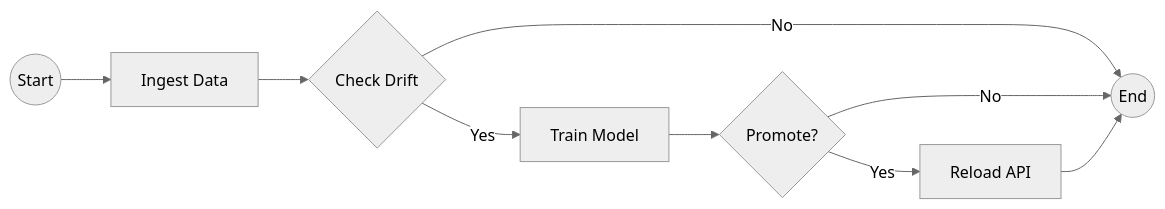
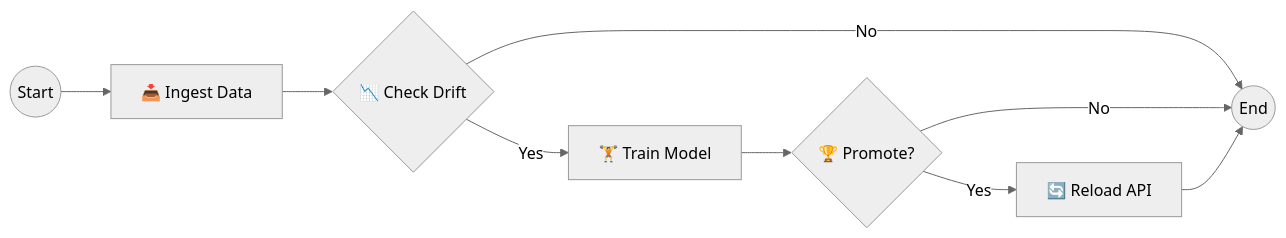
The third of 3 diagrams in docs/TECHNICAL_REPORT.md (davidm094/MLOPS_Proyecto_Final), drawn with Mermaid (neutral theme) before and after one commit. The commit also changed other lines of this file and 1 other file, not shown here.

Commit message:
docs: restore icons in mermaid diagrams

````diff
--- a/docs/TECHNICAL_REPORT.md
+++ b/docs/TECHNICAL_REPORT.md
@@ -469,14 +469,14 @@
 ```mermaid
 graph LR
-    Start((Start)) --> Ingest[ Ingest Data]
-    Ingest --> Drift{ Check Drift}
+    Start((Start)) --> Ingest[📥 Ingest Data]
+    Ingest --> Drift{📉 Check Drift}
     
-    Drift -->|Yes| Train[ Train Model]
+    Drift -->|Yes| Train[🏋️ Train Model]
     Drift -->|No| End((End))
     
-    Train --> Promote{ Promote?}
-    Promote -->|Yes| Reload[ Reload API]
+    Train --> Promote{🏆 Promote?}
+    Promote -->|Yes| Reload[🔄 Reload API]
     Promote -->|No| End
     
     Reload --> End
 ```
````
